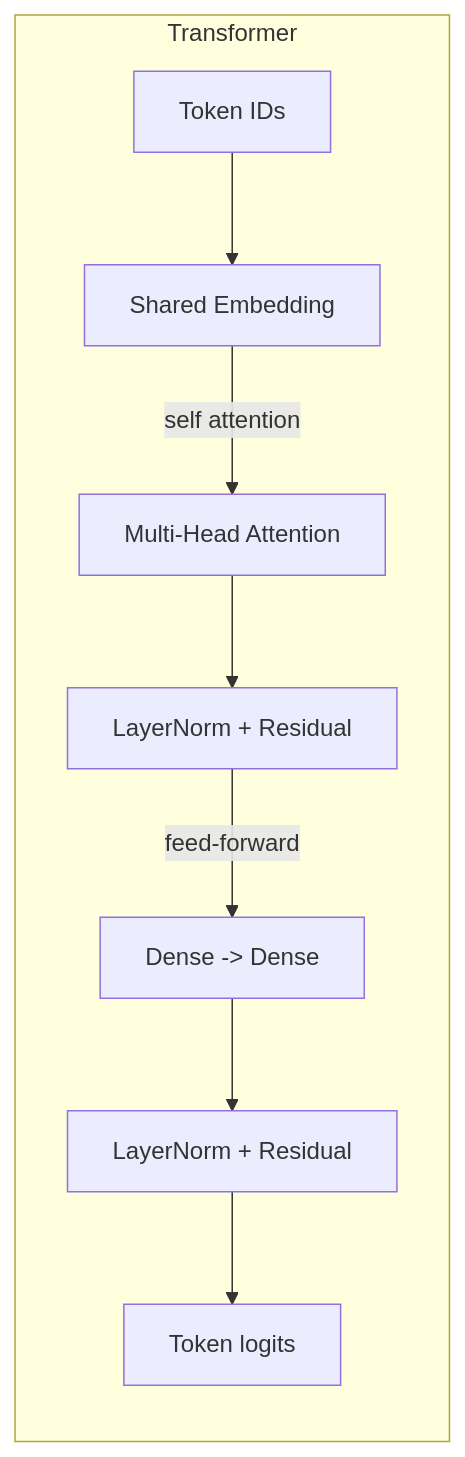
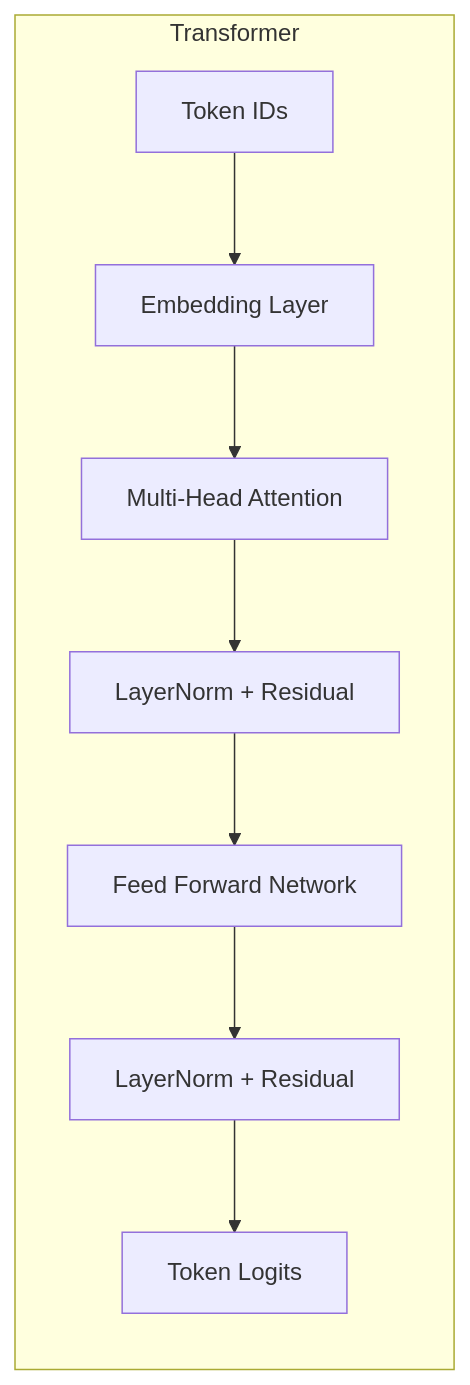
The first of 2 diagrams in docs/tiny-nested-learning.md (sumitdotgh/ai-examples), drawn with Mermaid before and after one commit. The commit also changed other lines of this file, not shown here.

````diff
--- a/docs/tiny-nested-learning.md
+++ b/docs/tiny-nested-learning.md
@@ -45,11 +64,11 @@
 ```mermaid
 flowchart LR
     subgraph Transformer
-        T0[Token IDs] --> TE[Shared Embedding]
-        TE -->|self attention| TA[Multi-Head Attention]
-        TA --> TN[LayerNorm + Residual]
-        TN -->|feed-forward| TF[Dense -> Dense]
-        TF --> TL[LayerNorm + Residual]
-        TL --> TO[Token logits]
+        T0[Token IDs] --> TE[Embedding Layer]
+        TE --> MH[Multi-Head Attention]
+        MH --> LN1[LayerNorm + Residual]
+        LN1 --> FFN[Feed Forward Network]
+        FFN --> LN2[LayerNorm + Residual]
+        LN2 --> LOGITS[Token Logits]
     end
 ```
````
